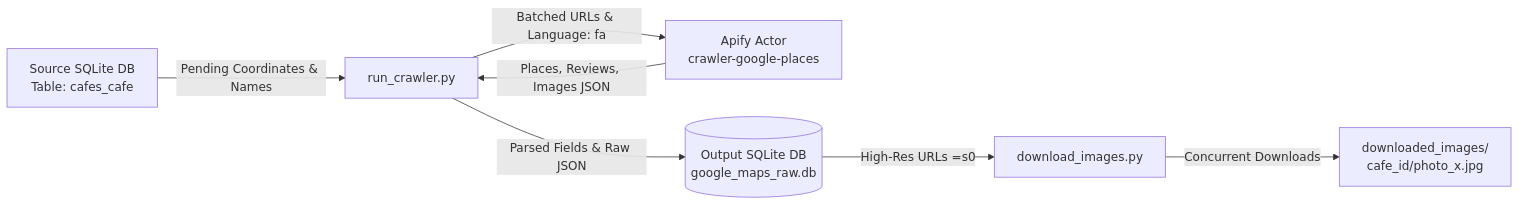
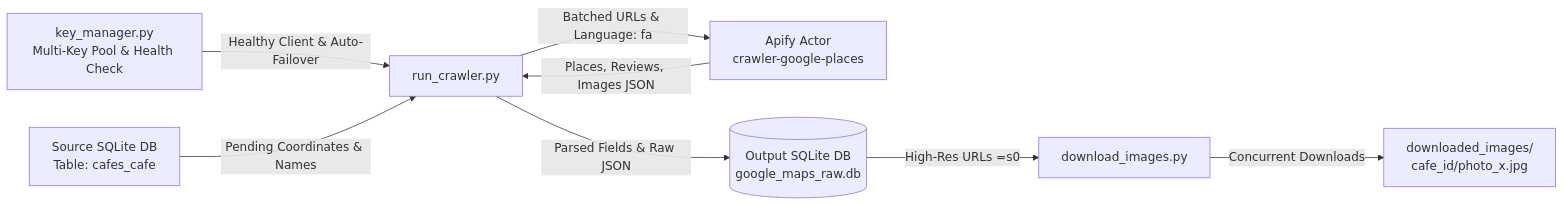
The diagram in README.md (osumy/apify_maps), drawn with Mermaid before and after one commit. The commit also changed other lines of this file and 1 other file, not shown here.

Commit message:
docs: update documentation and env example for multi-key pool management

````diff
--- a/README.md
+++ b/README.md
@@ -40,9 +42,10 @@
 ```mermaid
 flowchart LR
-    A[Source SQLite DB<br/>Table: cafes_cafe] -->|Pending Coordinates & Names| B[run_crawler.py]
+    KM[key_manager.py<br/>Multi-Key Pool & Health Check] -->|Healthy Client & Auto-Failover| B[run_crawler.py]
+    A[Source SQLite DB<br/>Table: cafes_cafe] -->|Pending Coordinates & Names| B
     B -->|Batched URLs & Language: fa| C[Apify Actor<br/>crawler-google-places]
     C -->|Places, Reviews, Images JSON| B
     B -->|Parsed Fields & Raw JSON| D[(Output SQLite DB<br/>google_maps_raw.db)]
     D -->|High-Res URLs =s0| E[download_images.py]
     E -->|Concurrent Downloads| F[downloaded_images/<br/>cafe_id/photo_x.jpg]
 ```
````
